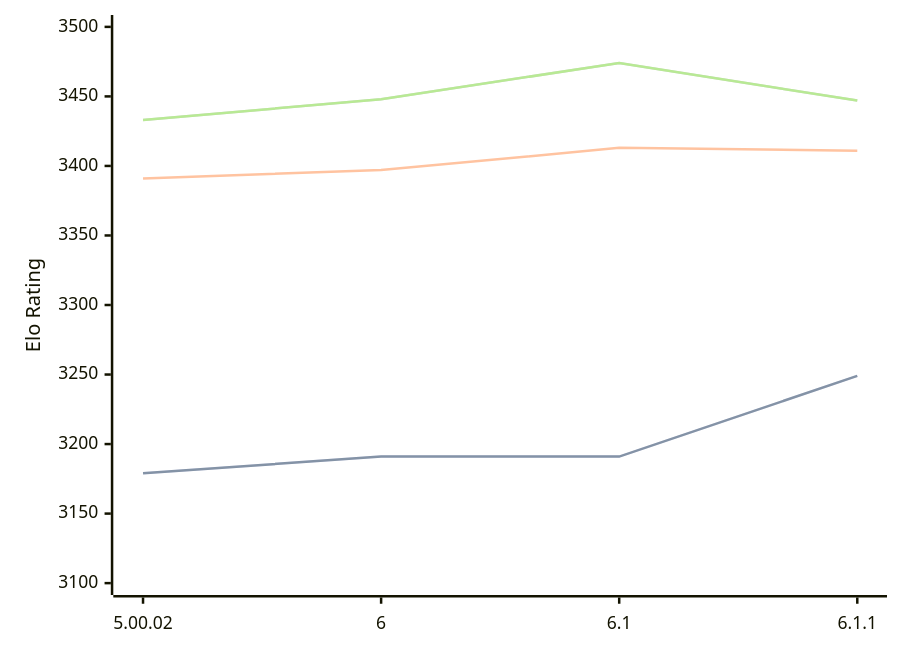
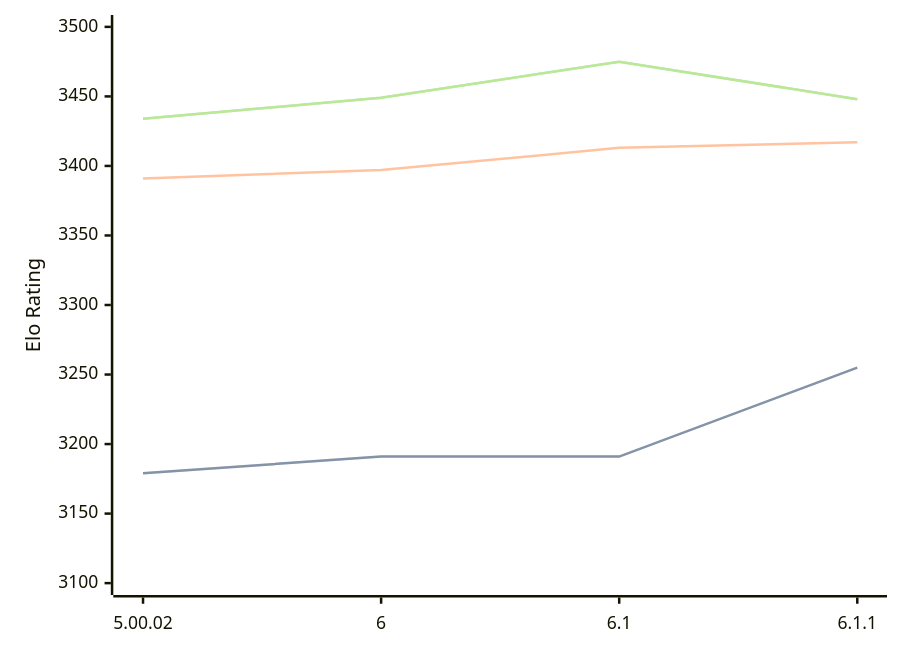
Before and after one commit to computer-chess-index/cci: the diagram in engines/Zangdar.md, drawn with Mermaid. The commit also changed other lines of this file, not shown here.

Commit message:
Update CCI Ratings (ELO VLTC) - 2026-03-02

````diff
--- a/engines/Zangdar.md
+++ b/engines/Zangdar.md
@@ -44,11 +44,11 @@
 ```mermaid
 %%{init: {"theme":"base","themeVariables":{"seriesColors:['#a3a3a3','#222221','#faa371']}}}%%
 xychart-beta
   x-axis ["5.00.02", "6", "6.1", "6.1.1"]
   y-axis "Elo Rating" 3100 --> 3500
-  line "STC (8.0+0.08s)" [3179, 3191, 3191, 3249]
-  line "STC (8.0+0.08s)" [3179, 3191, 3191, 3249]
-  line "LTC (60.0+0.60s)" [3391, 3397, 3413, 3411]
-  line "VLTC (2m24s+1.12s)" [3433, 3448, 3474, 3447]
-  line "VLTC (2m24s+1.12s)" [3433, 3448, 3474, 3447]
+  line "STC (8.0+0.08s)" [3179, 3191, 3191, 3255]
+  line "STC (8.0+0.08s)" [3179, 3191, 3191, 3255]
+  line "LTC (60.0+0.60s)" [3391, 3397, 3413, 3417]
+  line "VLTC (2m24s+1.12s)" [3434, 3449, 3475, 3448]
+  line "VLTC (2m24s+1.12s)" [3434, 3449, 3475, 3448]
 ```
````
